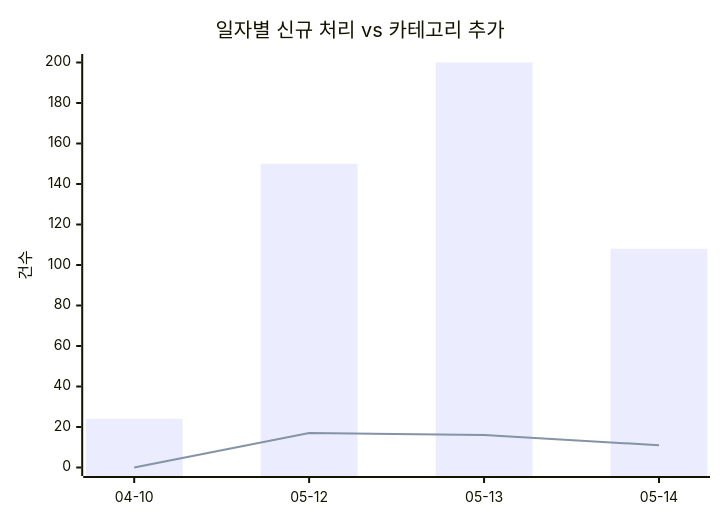
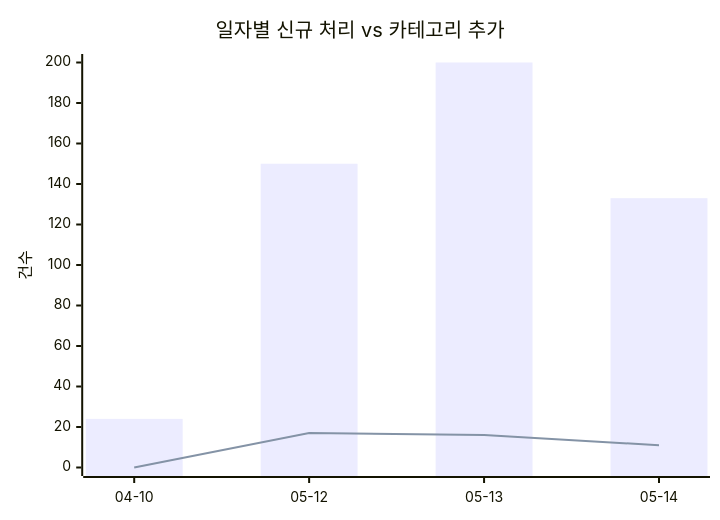
One commit to J-nowcow/awesome-korean-agent-skills changed the first of 2 diagrams in docs/trends.md. Above: the diagram before and after it, drawn with Mermaid. The commit also changed other lines of this file and 2 other files, not shown here.

````diff
--- a/docs/trends.md
+++ b/docs/trends.md
@@ -32,8 +32,8 @@
 ```mermaid
 xychart-beta
     title "일자별 신규 처리 vs 카테고리 추가"
     x-axis ["04-10","05-12","05-13","05-14"]
     y-axis "건수"
-    bar [24,150,200,108]
+    bar [24,150,200,133]
     line [0,17,16,11]
 ```
````
